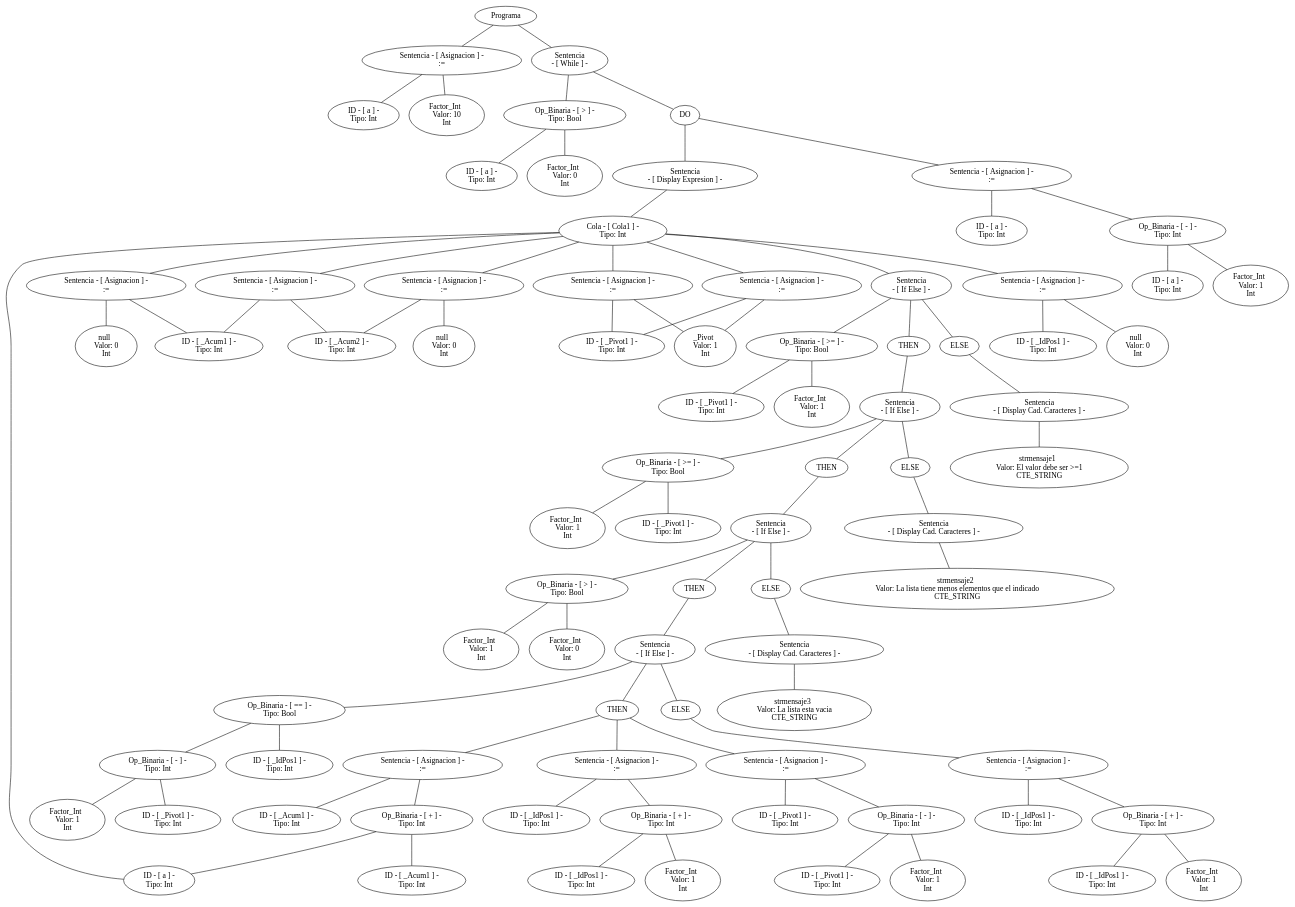
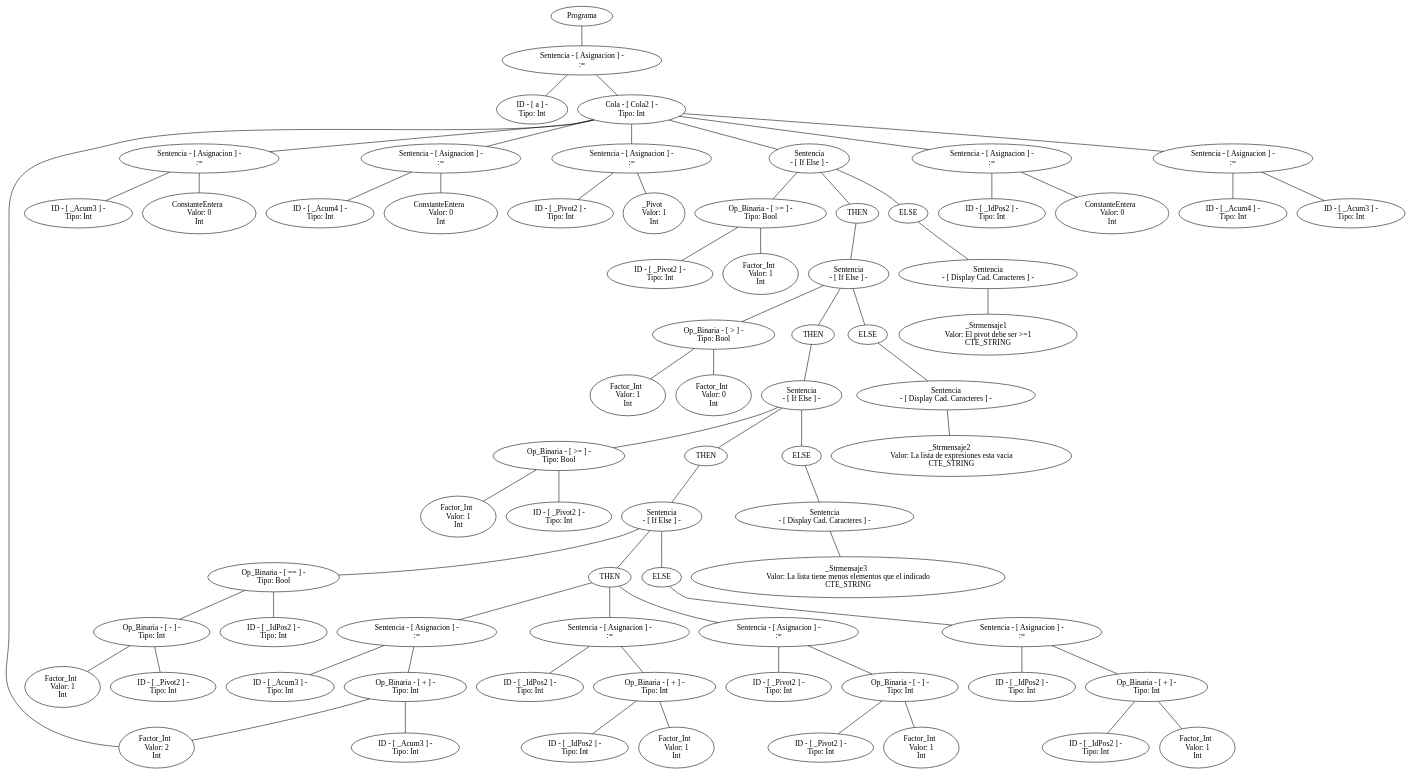
One commit to SantiPerez17/Compiladores changed the diagram in arbol.dot. Above: the diagram before and after it, drawn with Graphviz. The commit also changed 9 other files, not shown here.

```diff
--- a/arbol.dot
+++ b/arbol.dot
@@ -1,270 +1,224 @@
 graph G {nodo_programa[label="Programa"]
-nodo_762847241[label="Sentencia - [ Asignacion ] -
+nodo_1868513703[label="Sentencia - [ Asignacion ] -
  :="]
-nodo_programa--nodo_762847241
-nodo_820977023[label=" ID - [ a ] - 
+nodo_programa--nodo_1868513703
+nodo_1997190315[label=" ID - [ a ] - 
  Tipo: Int"]
-nodo_762847241--nodo_820977023
-nodo_1429346745[label="Factor_Int  
- Valor: 10 
+nodo_1868513703--nodo_1997190315
+nodo_989629449[label=" Cola - [ Cola2 ] - 
+ Tipo: Int"]
+nodo_1868513703--nodo_989629449
+nodo_1162291060[label="Factor_Int  
+ Valor: 2 
 Int"]
-nodo_762847241--nodo_1429346745
-nodo_1434871440[label="Sentencia
- - [ While ] -"]
-nodo_programa--nodo_1434871440
-nodo_199185617[label=" Op_Binaria - [ > ] - 
- Tipo: Bool"]
-nodo_1434871440--nodo_199185617
-nodo_814374731[label=" ID - [ a ] - 
+nodo_989629449--nodo_1162291060
+nodo_692642439[label="Sentencia - [ Asignacion ] -
+ :="]
+nodo_989629449--nodo_692642439
+nodo_1007672432[label=" ID - [ _Acum3 ] - 
  Tipo: Int"]
-nodo_199185617--nodo_814374731
-nodo_2113413987[label="Factor_Int  
+nodo_692642439--nodo_1007672432
+nodo_1375991313[label="ConstanteEntera  
  Valor: 0 
 Int"]
-nodo_199185617--nodo_2113413987
-nodo_14348714401[label="DO"]
-nodo_1434871440--nodo_14348714401
-nodo_578538037[label="Sentencia
- - [ Display Expresion ] -"]
-nodo_14348714401--nodo_578538037
-nodo_1185936515[label=" Cola - [ Cola1 ] - 
+nodo_692642439--nodo_1375991313
+nodo_1888399126[label="Sentencia - [ Asignacion ] -
+ :="]
+nodo_989629449--nodo_1888399126
+nodo_507262810[label=" ID - [ _Acum4 ] - 
  Tipo: Int"]
-nodo_578538037--nodo_1185936515
-nodo_922783218[label=" ID - [ a ] - 
- Tipo: Int"]
-nodo_1185936515--nodo_922783218
-nodo_464574988[label="Sentencia - [ Asignacion ] -
- :="]
-nodo_1185936515--nodo_464574988
-nodo_1956934786[label=" ID - [ _Acum1 ] - 
- Tipo: Int"]
-nodo_464574988--nodo_1956934786
-nodo_413050926[label="null  
+nodo_1888399126--nodo_507262810
+nodo_1544717489[label="ConstanteEntera  
  Valor: 0 
 Int"]
-nodo_464574988--nodo_413050926
-nodo_1355963047[label="Sentencia - [ Asignacion ] -
+nodo_1888399126--nodo_1544717489
+nodo_292311644[label="Sentencia - [ Asignacion ] -
  :="]
-nodo_1185936515--nodo_1355963047
-nodo_1294965259[label=" ID - [ _Acum2 ] - 
+nodo_989629449--nodo_292311644
+nodo_337623416[label=" ID - [ _Pivot2 ] - 
  Tipo: Int"]
-nodo_1355963047--nodo_1294965259
-nodo_452523848[label="null  
+nodo_292311644--nodo_337623416
+nodo_1526188239[label="_Pivot  
+ Valor: 1 
+Int"]
+nodo_292311644--nodo_1526188239
+nodo_1801898566[label="Sentencia
+ - [ If Else ] -"]
+nodo_989629449--nodo_1801898566
+nodo_588905623[label=" Op_Binaria - [ >= ] - 
+ Tipo: Bool"]
+nodo_1801898566--nodo_588905623
+nodo_1351922714[label=" ID - [ _Pivot2 ] - 
+ Tipo: Int"]
+nodo_588905623--nodo_1351922714
+nodo_958993161[label="Factor_Int  
+ Valor: 1 
+Int"]
+nodo_588905623--nodo_958993161
+nodo_18018985661[label="THEN"]
+nodo_1801898566--nodo_18018985661
+nodo_1681971856[label="Sentencia
+ - [ If Else ] -"]
+nodo_18018985661--nodo_1681971856
+nodo_139554763[label=" Op_Binaria - [ > ] - 
+ Tipo: Bool"]
+nodo_1681971856--nodo_139554763
+nodo_2106601151[label="Factor_Int  
+ Valor: 1 
+Int"]
+nodo_139554763--nodo_2106601151
+nodo_206621535[label="Factor_Int  
  Valor: 0 
 Int"]
-nodo_1355963047--nodo_452523848
-nodo_2001396705[label="Sentencia - [ Asignacion ] -
- :="]
-nodo_1185936515--nodo_2001396705
-nodo_890214605[label=" ID - [ _Pivot1 ] - 
- Tipo: Int"]
-nodo_2001396705--nodo_890214605
-nodo_2078164708[label="_Pivot  
+nodo_139554763--nodo_206621535
+nodo_16819718561[label="THEN"]
+nodo_1681971856--nodo_16819718561
+nodo_1856373791[label="Sentencia
+ - [ If Else ] -"]
+nodo_16819718561--nodo_1856373791
+nodo_1837764919[label=" Op_Binaria - [ >= ] - 
+ Tipo: Bool"]
+nodo_1856373791--nodo_1837764919
+nodo_294858735[label="Factor_Int  
  Valor: 1 
 Int"]
-nodo_2001396705--nodo_2078164708
-nodo_79803301[label="Sentencia
+nodo_1837764919--nodo_294858735
+nodo_454231217[label=" ID - [ _Pivot2 ] - 
+ Tipo: Int"]
+nodo_1837764919--nodo_454231217
+nodo_18563737911[label="THEN"]
+nodo_1856373791--nodo_18563737911
+nodo_1170963760[label="Sentencia
  - [ If Else ] -"]
-nodo_1185936515--nodo_79803301
-nodo_1507743426[label=" Op_Binaria - [ >= ] - 
+nodo_18563737911--nodo_1170963760
+nodo_2029379351[label=" Op_Binaria - [ == ] - 
  Tipo: Bool"]
-nodo_79803301--nodo_1507743426
-nodo_2032923635[label=" ID - [ _Pivot1 ] - 
+nodo_1170963760--nodo_2029379351
+nodo_1880189873[label=" Op_Binaria - [ - ] - 
  Tipo: Int"]
-nodo_1507743426--nodo_2032923635
-nodo_808175083[label="Factor_Int  
+nodo_2029379351--nodo_1880189873
+nodo_1940184974[label="Factor_Int  
  Valor: 1 
 Int"]
-nodo_1507743426--nodo_808175083
-nodo_798033011[label="THEN"]
-nodo_79803301--nodo_798033011
-nodo_972952784[label="Sentencia
- - [ If Else ] -"]
-nodo_798033011--nodo_972952784
-nodo_314391915[label=" Op_Binaria - [ >= ] - 
- Tipo: Bool"]
-nodo_972952784--nodo_314391915
-nodo_875552932[label="Factor_Int  
+nodo_1880189873--nodo_1940184974
+nodo_1838685751[label=" ID - [ _Pivot2 ] - 
+ Tipo: Int"]
+nodo_1880189873--nodo_1838685751
+nodo_994273780[label=" ID - [ _IdPos2 ] - 
+ Tipo: Int"]
+nodo_2029379351--nodo_994273780
+nodo_11709637601[label="THEN"]
+nodo_1170963760--nodo_11709637601
+nodo_1089782222[label="Sentencia - [ Asignacion ] -
+ :="]
+nodo_11709637601--nodo_1089782222
+nodo_360263409[label=" ID - [ _Acum3 ] - 
+ Tipo: Int"]
+nodo_1089782222--nodo_360263409
+nodo_943580111[label=" Op_Binaria - [ + ] - 
+ Tipo: Int"]
+nodo_1089782222--nodo_943580111
+nodo_403775989[label=" ID - [ _Acum3 ] - 
+ Tipo: Int"]
+nodo_943580111--nodo_403775989
+nodo_1162291060[label="Factor_Int  
+ Valor: 2 
+Int"]
+nodo_943580111--nodo_1162291060
+nodo_2123196808[label="Sentencia - [ Asignacion ] -
+ :="]
+nodo_11709637601--nodo_2123196808
+nodo_576704014[label=" ID - [ _IdPos2 ] - 
+ Tipo: Int"]
+nodo_2123196808--nodo_576704014
+nodo_1974166033[label=" Op_Binaria - [ + ] - 
+ Tipo: Int"]
+nodo_2123196808--nodo_1974166033
+nodo_1680145368[label=" ID - [ _IdPos2 ] - 
+ Tipo: Int"]
+nodo_1974166033--nodo_1680145368
+nodo_1911558141[label="Factor_Int  
  Valor: 1 
 Int"]
-nodo_314391915--nodo_875552932
-nodo_1522892631[label=" ID - [ _Pivot1 ] - 
+nodo_1974166033--nodo_1911558141
+nodo_763592819[label="Sentencia - [ Asignacion ] -
+ :="]
+nodo_11709637601--nodo_763592819
+nodo_51823672[label=" ID - [ _Pivot2 ] - 
  Tipo: Int"]
-nodo_314391915--nodo_1522892631
-nodo_9729527841[label="THEN"]
-nodo_972952784--nodo_9729527841
-nodo_324315211[label="Sentencia
- - [ If Else ] -"]
-nodo_9729527841--nodo_324315211
-nodo_1761188143[label=" Op_Binaria - [ > ] - 
- Tipo: Bool"]
-nodo_324315211--nodo_1761188143
-nodo_597192276[label="Factor_Int  
+nodo_763592819--nodo_51823672
+nodo_1076827577[label=" Op_Binaria - [ - ] - 
+ Tipo: Int"]
+nodo_763592819--nodo_1076827577
+nodo_835810726[label=" ID - [ _Pivot2 ] - 
+ Tipo: Int"]
+nodo_1076827577--nodo_835810726
+nodo_14740471[label="Factor_Int  
  Valor: 1 
 Int"]
-nodo_1761188143--nodo_597192276
-nodo_1381401271[label="Factor_Int  
+nodo_1076827577--nodo_14740471
+nodo_11709637602[label="ELSE"]
+nodo_1170963760--nodo_11709637602
+nodo_904054999[label="Sentencia - [ Asignacion ] -
+ :="]
+nodo_11709637602--nodo_904054999
+nodo_223904015[label=" ID - [ _IdPos2 ] - 
+ Tipo: Int"]
+nodo_904054999--nodo_223904015
+nodo_933144903[label=" Op_Binaria - [ + ] - 
+ Tipo: Int"]
+nodo_904054999--nodo_933144903
+nodo_816202512[label=" ID - [ _IdPos2 ] - 
+ Tipo: Int"]
+nodo_933144903--nodo_816202512
+nodo_329351587[label="Factor_Int  
+ Valor: 1 
+Int"]
+nodo_933144903--nodo_329351587
+nodo_18563737912[label="ELSE"]
+nodo_1856373791--nodo_18563737912
+nodo_1522018849[label="Sentencia
+ - [ Display Cad. Caracteres ] -"]
+nodo_18563737912--nodo_1522018849
+nodo_414082208[label="_Strmensaje3  
+ Valor: La lista tiene menos elementos que el indicado 
+CTE_STRING"]
+nodo_1522018849--nodo_414082208
+nodo_16819718562[label="ELSE"]
+nodo_1681971856--nodo_16819718562
+nodo_445778534[label="Sentencia
+ - [ Display Cad. Caracteres ] -"]
+nodo_16819718562--nodo_445778534
+nodo_86064142[label="_Strmensaje2  
+ Valor: La lista de expresiones esta vacia 
+CTE_STRING"]
+nodo_445778534--nodo_86064142
+nodo_18018985662[label="ELSE"]
+nodo_1801898566--nodo_18018985662
+nodo_508819369[label="Sentencia
+ - [ Display Cad. Caracteres ] -"]
+nodo_18018985662--nodo_508819369
+nodo_1966279591[label="_Strmensaje1  
+ Valor: El pivot debe ser >=1 
+CTE_STRING"]
+nodo_508819369--nodo_1966279591
+nodo_2138635869[label="Sentencia - [ Asignacion ] -
+ :="]
+nodo_989629449--nodo_2138635869
+nodo_1941269744[label=" ID - [ _IdPos2 ] - 
+ Tipo: Int"]
+nodo_2138635869--nodo_1941269744
+nodo_1918509968[label="ConstanteEntera  
  Valor: 0 
 Int"]
-nodo_1761188143--nodo_1381401271
-nodo_3243152111[label="THEN"]
-nodo_324315211--nodo_3243152111
-nodo_1693871686[label="Sentencia
- - [ If Else ] -"]
-nodo_3243152111--nodo_1693871686
-nodo_1088594710[label=" Op_Binaria - [ == ] - 
- Tipo: Bool"]
-nodo_1693871686--nodo_1088594710
-nodo_543727504[label=" Op_Binaria - [ - ] - 
+nodo_2138635869--nodo_1918509968
+nodo_534339663[label="Sentencia - [ Asignacion ] -
+ :="]
+nodo_989629449--nodo_534339663
+nodo_661389311[label=" ID - [ _Acum4 ] - 
  Tipo: Int"]
-nodo_1088594710--nodo_543727504
-nodo_1187901968[label="Factor_Int  
- Valor: 1 
-Int"]
-nodo_543727504--nodo_1187901968
-nodo_287187153[label=" ID - [ _Pivot1 ] - 
+nodo_534339663--nodo_661389311
+nodo_2145502478[label=" ID - [ _Acum3 ] - 
  Tipo: Int"]
-nodo_543727504--nodo_287187153
-nodo_1144114167[label=" ID - [ _IdPos1 ] - 
- Tipo: Int"]
-nodo_1088594710--nodo_1144114167
-nodo_16938716861[label="THEN"]
-nodo_1693871686--nodo_16938716861
-nodo_541153534[label="Sentencia - [ Asignacion ] -
- :="]
-nodo_16938716861--nodo_541153534
-nodo_154497940[label=" ID - [ _Acum1 ] - 
- Tipo: Int"]
-nodo_541153534--nodo_154497940
-nodo_1775092427[label=" Op_Binaria - [ + ] - 
- Tipo: Int"]
-nodo_541153534--nodo_1775092427
-nodo_602522230[label=" ID - [ _Acum1 ] - 
- Tipo: Int"]
-nodo_1775092427--nodo_602522230
-nodo_922783218[label=" ID - [ a ] - 
- Tipo: Int"]
-nodo_1775092427--nodo_922783218
-nodo_155580509[label="Sentencia - [ Asignacion ] -
- :="]
-nodo_16938716861--nodo_155580509
-nodo_726569778[label=" ID - [ _IdPos1 ] - 
- Tipo: Int"]
-nodo_155580509--nodo_726569778
-nodo_739432202[label=" Op_Binaria - [ + ] - 
- Tipo: Int"]
-nodo_155580509--nodo_739432202
-nodo_1090865804[label=" ID - [ _IdPos1 ] - 
- Tipo: Int"]
-nodo_739432202--nodo_1090865804
-nodo_1730467297[label="Factor_Int  
- Valor: 1 
-Int"]
-nodo_739432202--nodo_1730467297
-nodo_950803764[label="Sentencia - [ Asignacion ] -
- :="]
-nodo_16938716861--nodo_950803764
-nodo_37496748[label=" ID - [ _Pivot1 ] - 
- Tipo: Int"]
-nodo_950803764--nodo_37496748
-nodo_1762020429[label=" Op_Binaria - [ - ] - 
- Tipo: Int"]
-nodo_950803764--nodo_1762020429
-nodo_676071249[label=" ID - [ _Pivot1 ] - 
- Tipo: Int"]
-nodo_1762020429--nodo_676071249
-nodo_1892809425[label="Factor_Int  
- Valor: 1 
-Int"]
-nodo_1762020429--nodo_1892809425
-nodo_16938716862[label="ELSE"]
-nodo_1693871686--nodo_16938716862
-nodo_330539552[label="Sentencia - [ Asignacion ] -
- :="]
-nodo_16938716862--nodo_330539552
-nodo_1208807487[label=" ID - [ _IdPos1 ] - 
- Tipo: Int"]
-nodo_330539552--nodo_1208807487
-nodo_3277024[label=" Op_Binaria - [ + ] - 
- Tipo: Int"]
-nodo_330539552--nodo_3277024
-nodo_2135586117[label=" ID - [ _IdPos1 ] - 
- Tipo: Int"]
-nodo_3277024--nodo_2135586117
-nodo_1910929966[label="Factor_Int  
- Valor: 1 
-Int"]
-nodo_3277024--nodo_1910929966
-nodo_3243152112[label="ELSE"]
-nodo_324315211--nodo_3243152112
-nodo_1581576485[label="Sentencia
- - [ Display Cad. Caracteres ] -"]
-nodo_3243152112--nodo_1581576485
-nodo_1323421453[label="strmensaje3  
- Valor: La lista esta vacia 
-CTE_STRING"]
-nodo_1581576485--nodo_1323421453
-nodo_9729527842[label="ELSE"]
-nodo_972952784--nodo_9729527842
-nodo_1647143881[label="Sentencia
- - [ Display Cad. Caracteres ] -"]
-nodo_9729527842--nodo_1647143881
-nodo_542657192[label="strmensaje2  
- Valor: La lista tiene menos elementos que el indicado 
-CTE_STRING"]
-nodo_1647143881--nodo_542657192
-nodo_798033012[label="ELSE"]
-nodo_79803301--nodo_798033012
-nodo_1508657759[label="Sentencia
- - [ Display Cad. Caracteres ] -"]
-nodo_798033012--nodo_1508657759
-nodo_431321032[label="strmensaje1  
- Valor: El valor debe ser >=1 
-CTE_STRING"]
-nodo_1508657759--nodo_431321032
-nodo_273628180[label="Sentencia - [ Asignacion ] -
- :="]
-nodo_1185936515--nodo_273628180
-nodo_890214605[label=" ID - [ _Pivot1 ] - 
- Tipo: Int"]
-nodo_273628180--nodo_890214605
-nodo_2078164708[label="_Pivot  
- Valor: 1 
-Int"]
-nodo_273628180--nodo_2078164708
-nodo_1914710463[label="Sentencia - [ Asignacion ] -
- :="]
-nodo_1185936515--nodo_1914710463
-nodo_1227176726[label=" ID - [ _IdPos1 ] - 
- Tipo: Int"]
-nodo_1914710463--nodo_1227176726
-nodo_2069681877[label="null  
- Valor: 0 
-Int"]
-nodo_1914710463--nodo_2069681877
-nodo_303757878[label="Sentencia - [ Asignacion ] -
- :="]
-nodo_1185936515--nodo_303757878
-nodo_1294965259[label=" ID - [ _Acum2 ] - 
- Tipo: Int"]
-nodo_303757878--nodo_1294965259
-nodo_1956934786[label=" ID - [ _Acum1 ] - 
- Tipo: Int"]
-nodo_303757878--nodo_1956934786
-nodo_2069589843[label="Sentencia - [ Asignacion ] -
- :="]
-nodo_14348714401--nodo_2069589843
-nodo_1636058139[label=" ID - [ a ] - 
- Tipo: Int"]
-nodo_2069589843--nodo_1636058139
-nodo_126695413[label=" Op_Binaria - [ - ] - 
- Tipo: Int"]
-nodo_2069589843--nodo_126695413
-nodo_2055034623[label=" ID - [ a ] - 
- Tipo: Int"]
-nodo_126695413--nodo_2055034623
-nodo_1137688287[label="Factor_Int  
- Valor: 1 
-Int"]
-nodo_126695413--nodo_1137688287
+nodo_534339663--nodo_2145502478
 }
```
